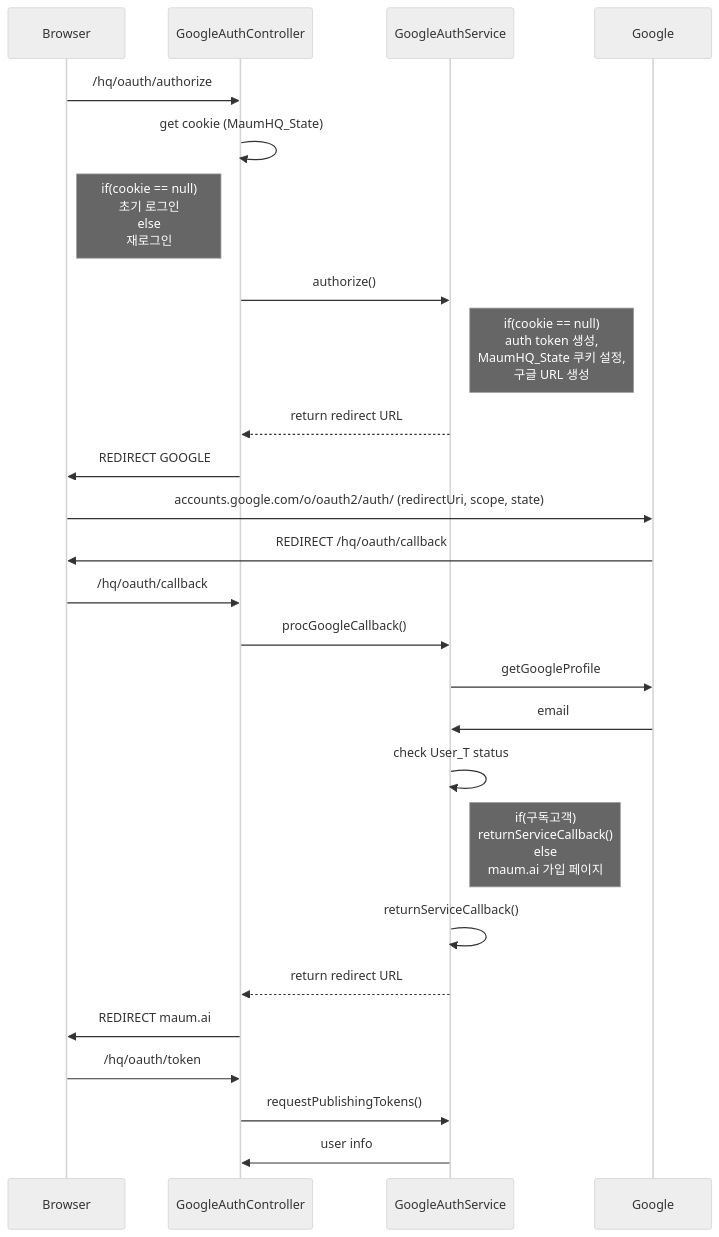
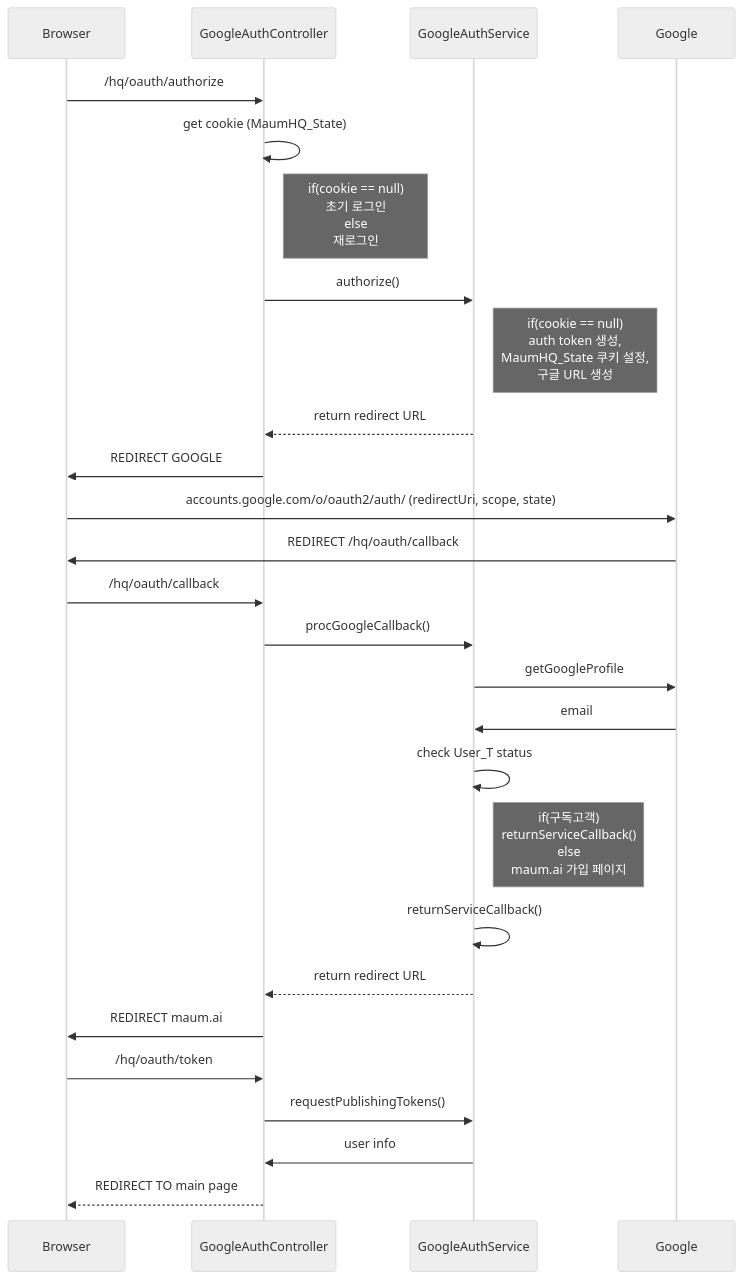
One commit to Ye-Jun/SSO changed the first of 2 diagrams in Architecture.md. Above: the diagram before and after it, drawn with Mermaid (neutral theme). The commit also changed other lines of this file, not shown here.

Commit message:
Architecture.md updated from https://stackedit.io/

````diff
--- a/Architecture.md
+++ b/Architecture.md
@@ -3,26 +3,27 @@
 ```mermaid
 sequenceDiagram
 Browser ->> GoogleAuthController : /hq/oauth/authorize
 GoogleAuthController ->> GoogleAuthController : get cookie (MaumHQ_State)
-Note left of GoogleAuthController: if(cookie == null)<br/>초기 로그인<br/> else<br/>재로그인
+Note right of GoogleAuthController: if(cookie == null)<br/>초기 로그인<br/> else<br/>재로그인
 GoogleAuthController ->> GoogleAuthService : authorize()
 Note right of GoogleAuthService : if(cookie == null) <br/>auth token 생성,<br/> MaumHQ_State 쿠키 설정, <br/>구글 URL 생성
 GoogleAuthService -->> GoogleAuthController : return redirect URL
 GoogleAuthController ->> Browser : REDIRECT GOOGLE
 Browser ->> Google : accounts.google.com/o/oauth2/auth/ (redirectUri, scope, state)
 Google ->> Browser : REDIRECT /hq/oauth/callback
 Browser ->> GoogleAuthController : /hq/oauth/callback
 GoogleAuthController ->> GoogleAuthService : procGoogleCallback()
 GoogleAuthService ->> Google : getGoogleProfile
 Google ->> GoogleAuthService : email
 GoogleAuthService ->> GoogleAuthService : check User_T status
 Note right of GoogleAuthService : if(구독고객)<br/>returnServiceCallback()<br/>else<br/>maum.ai 가입 페이지
 GoogleAuthService ->> GoogleAuthService : returnServiceCallback()
 GoogleAuthService -->> GoogleAuthController : return redirect URL
 GoogleAuthController ->> Browser : REDIRECT maum.ai
 Browser ->> GoogleAuthController : /hq/oauth/token
 GoogleAuthController ->> GoogleAuthService : requestPublishingTokens()
 GoogleAuthService ->> GoogleAuthController : user info
+GoogleAuthController -->> Browser : REDIRECT TO main page
 
 
 ```
````
